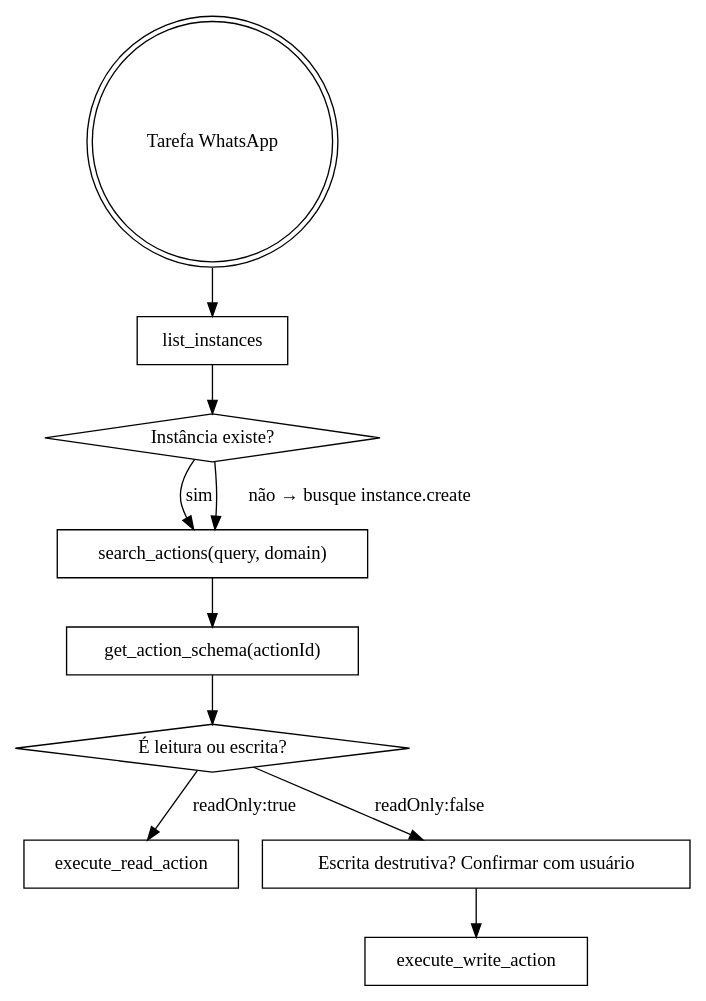
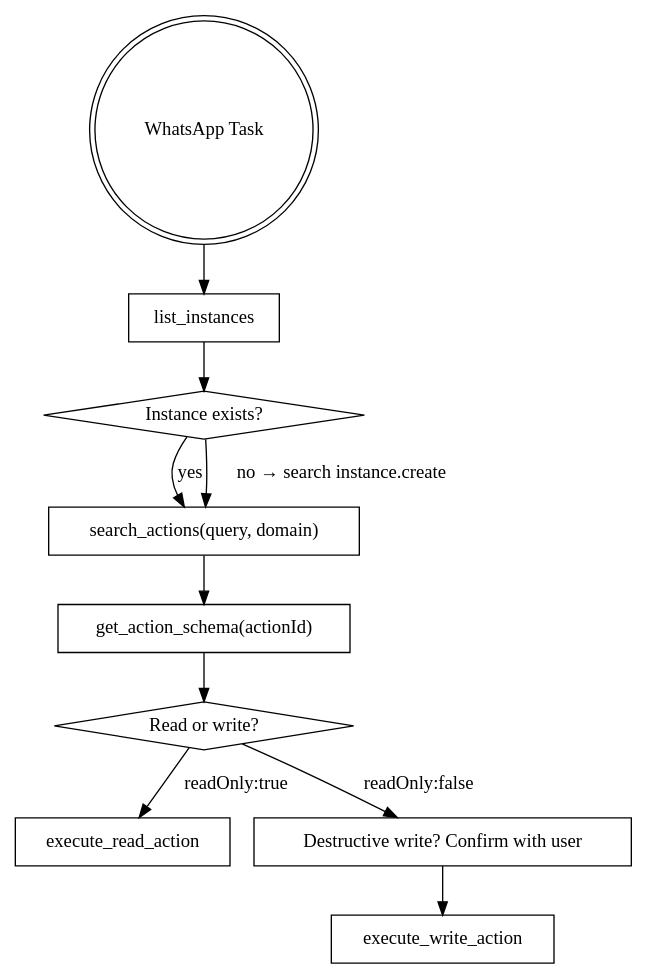
One commit to csmedeiros/evolution-api-mcp changed the diagram in plugin/skills/evolution-api-workflow/SKILL.md. Above: the diagram before and after it, drawn with Graphviz. The commit also changed other lines of this file and 7 other files, not shown here.

````diff
--- a/plugin/skills/evolution-api-workflow/SKILL.md
+++ b/plugin/skills/evolution-api-workflow/SKILL.md
@@ -27,23 +27,23 @@
 ```dot
 digraph evo {
-  "Tarefa WhatsApp" [shape=doublecircle];
+  "WhatsApp Task" [shape=doublecircle];
   "list_instances" [shape=box];
-  "Instância existe?" [shape=diamond];
+  "Instance exists?" [shape=diamond];
   "search_actions(query, domain)" [shape=box];
   "get_action_schema(actionId)" [shape=box];
-  "É leitura ou escrita?" [shape=diamond];
+  "Read or write?" [shape=diamond];
   "execute_read_action" [shape=box];
-  "Escrita destrutiva? Confirmar com usuário" [shape=box];
+  "Destructive write? Confirm with user" [shape=box];
   "execute_write_action" [shape=box];
 
-  "Tarefa WhatsApp" -> "list_instances";
-  "list_instances" -> "Instância existe?";
-  "Instância existe?" -> "search_actions(query, domain)" [label="sim"];
-  "Instância existe?" -> "search_actions(query, domain)" [label="não → busque instance.create"];
+  "WhatsApp Task" -> "list_instances";
+  "list_instances" -> "Instance exists?";
+  "Instance exists?" -> "search_actions(query, domain)" [label="yes"];
+  "Instance exists?" -> "search_actions(query, domain)" [label="no → search instance.create"];
   "search_actions(query, domain)" -> "get_action_schema(actionId)";
-  "get_action_schema(actionId)" -> "É leitura ou escrita?";
-  "É leitura ou escrita?" -> "execute_read_action" [label="readOnly:true"];
-  "É leitura ou escrita?" -> "Escrita destrutiva? Confirmar com usuário" [label="readOnly:false"];
-  "Escrita destrutiva? Confirmar com usuário" -> "execute_write_action";
+  "get_action_schema(actionId)" -> "Read or write?";
+  "Read or write?" -> "execute_read_action" [label="readOnly:true"];
+  "Read or write?" -> "Destructive write? Confirm with user" [label="readOnly:false"];
+  "Destructive write? Confirm with user" -> "execute_write_action";
 }
 ```
````
